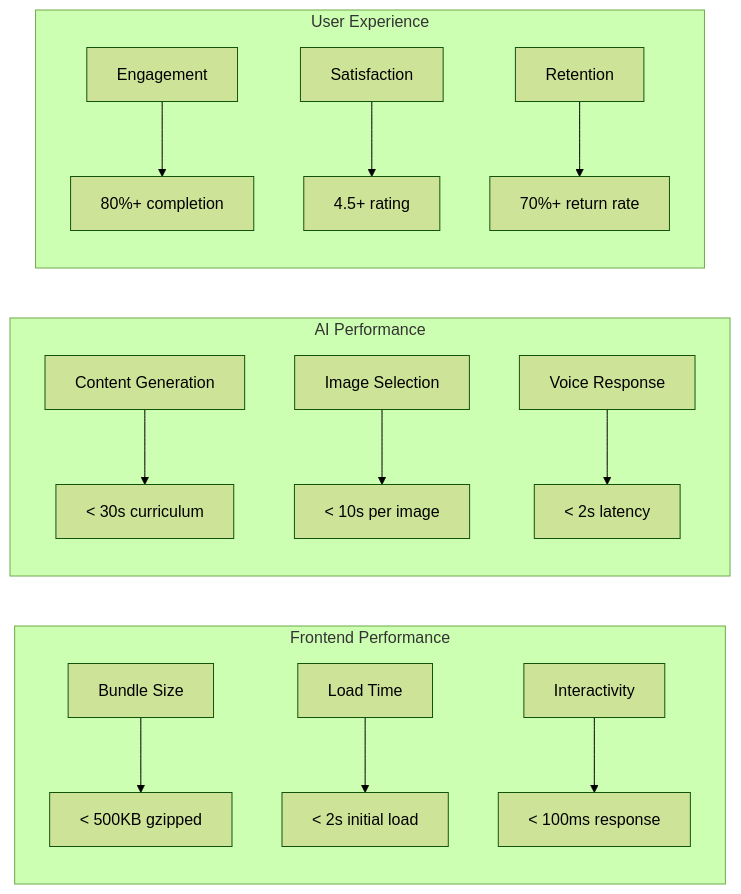
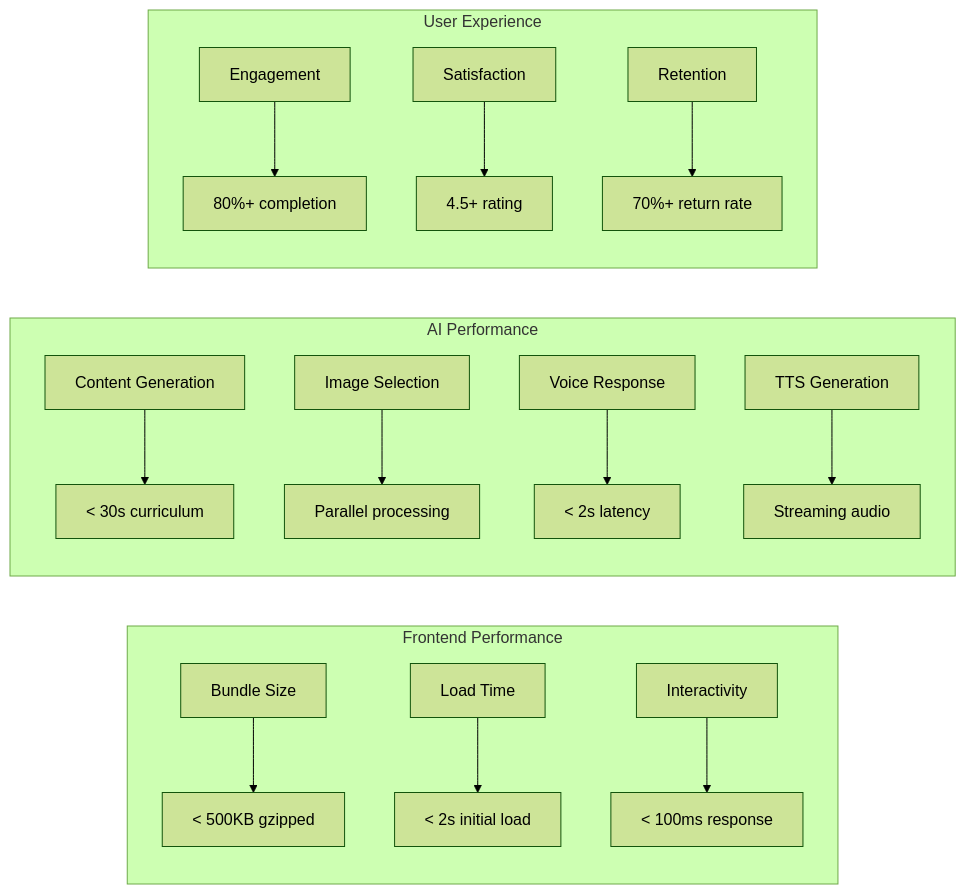
Before and after one commit to HVbajoria/HV-LearnOS: diagram 18 of 20 in README.md, drawn with Mermaid (forest theme). The commit also changed other lines of this file and 18 other files, not shown here.

````diff
--- a/README.md
+++ b/README.md
@@ -752,20 +762,21 @@
 ```mermaid
 graph LR
     subgraph "Frontend Performance"
         A[Bundle Size] --> A1[< 500KB gzipped]
         B[Load Time] --> B1[< 2s initial load]
         C[Interactivity] --> C1[< 100ms response]
     end
     
     subgraph "AI Performance"
         D[Content Generation] --> D1[< 30s curriculum]
-        E[Image Selection] --> E1[< 10s per image]
+        E[Image Selection] --> E1[Parallel processing]
         F[Voice Response] --> F1[< 2s latency]
+        G[TTS Generation] --> G1[Streaming audio]
     end
     
     subgraph "User Experience"
-        G[Engagement] --> G1[80%+ completion]
-        H[Satisfaction] --> H1[4.5+ rating]
-        I[Retention] --> I1[70%+ return rate]
+        H[Engagement] --> H1[80%+ completion]
+        I[Satisfaction] --> I1[4.5+ rating]
+        J[Retention] --> J1[70%+ return rate]
     end
 ```
````
